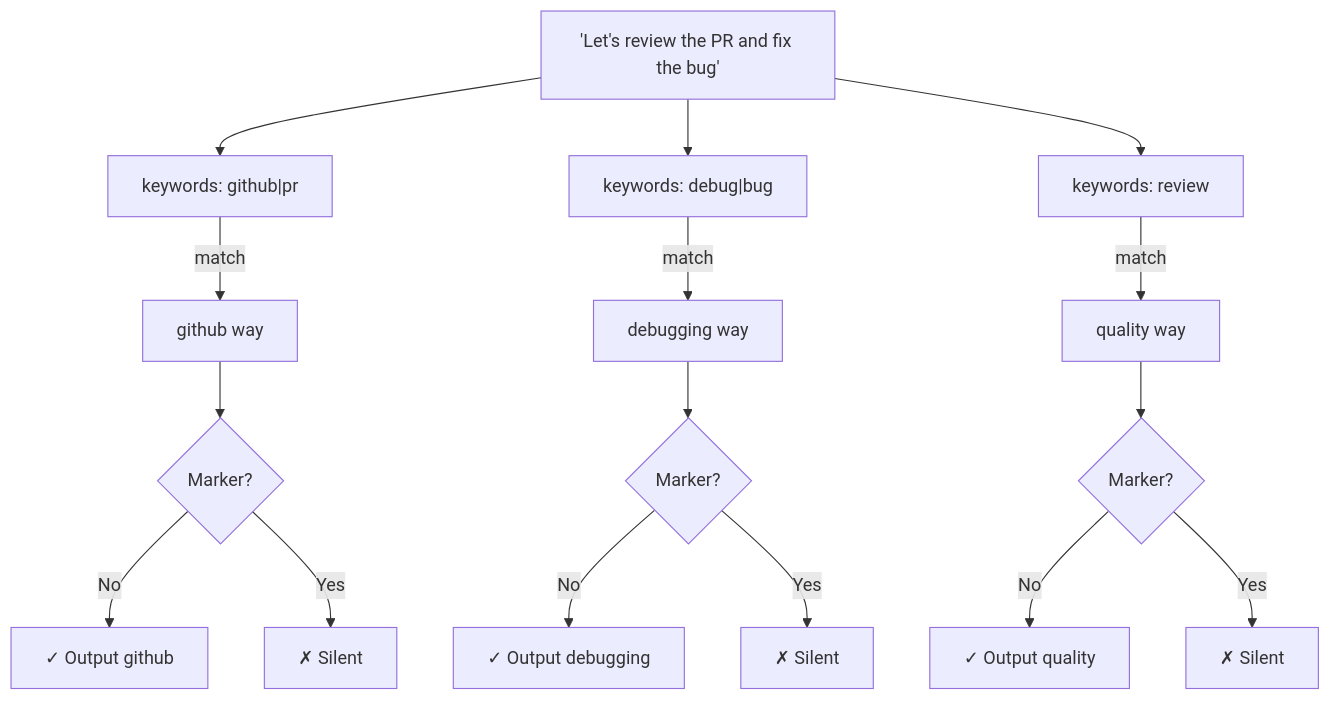
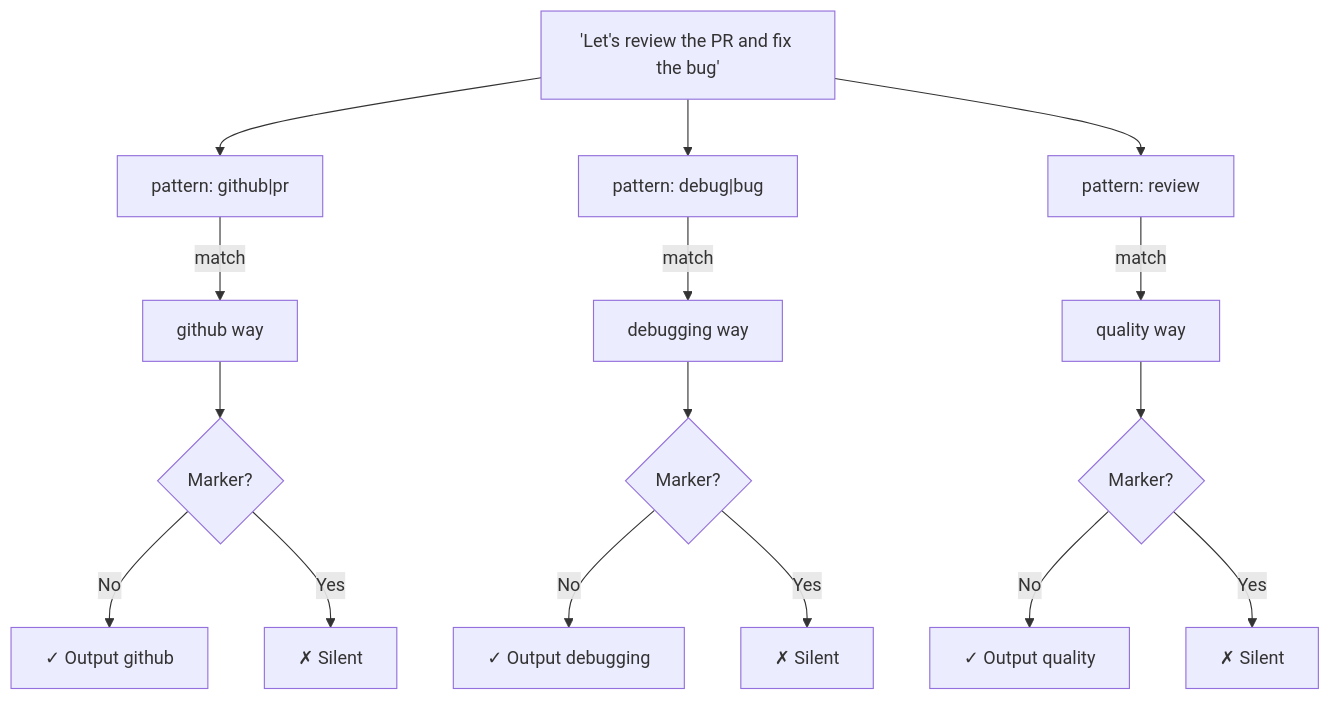
Before and after one commit to aaronsb/claude-code-config: the seventh of 8 diagrams in docs/architecture.md, drawn with Mermaid. The commit also changed other lines of this file and 1 other file, not shown here.

First line of the commit message:
docs: fix stale PostToolUse and keywords references

````diff
--- a/docs/architecture.md
+++ b/docs/architecture.md
@@ -215,24 +215,24 @@
 ```mermaid
 flowchart TB
     Prompt["'Let's review the PR and fix the bug'"]
 
-    Prompt --> KW1["keywords: github|pr"]
-    Prompt --> KW2["keywords: debug|bug"]
-    Prompt --> KW3["keywords: review"]
+    Prompt --> KW1["pattern: github|pr"]
+    Prompt --> KW2["pattern: debug|bug"]
+    Prompt --> KW3["pattern: review"]
 
     KW1 -->|match| GH["github way"]
     KW2 -->|match| DB["debugging way"]
     KW3 -->|match| QA["quality way"]
 
     GH --> M1{Marker?}
     DB --> M2{Marker?}
     QA --> M3{Marker?}
 
     M1 -->|No| O1["✓ Output github"]
     M2 -->|No| O2["✓ Output debugging"]
     M3 -->|No| O3["✓ Output quality"]
 
     M1 -->|Yes| S1["✗ Silent"]
     M2 -->|Yes| S2["✗ Silent"]
     M3 -->|Yes| S3["✗ Silent"]
 ```
````
